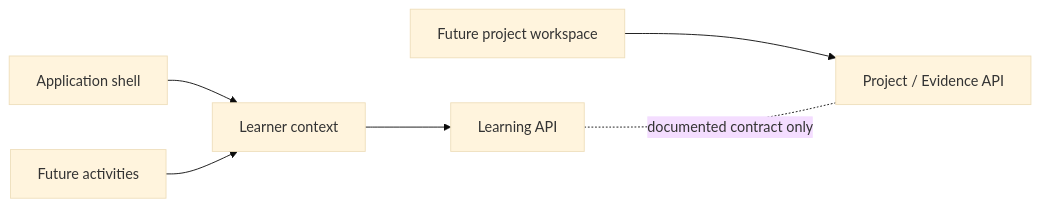
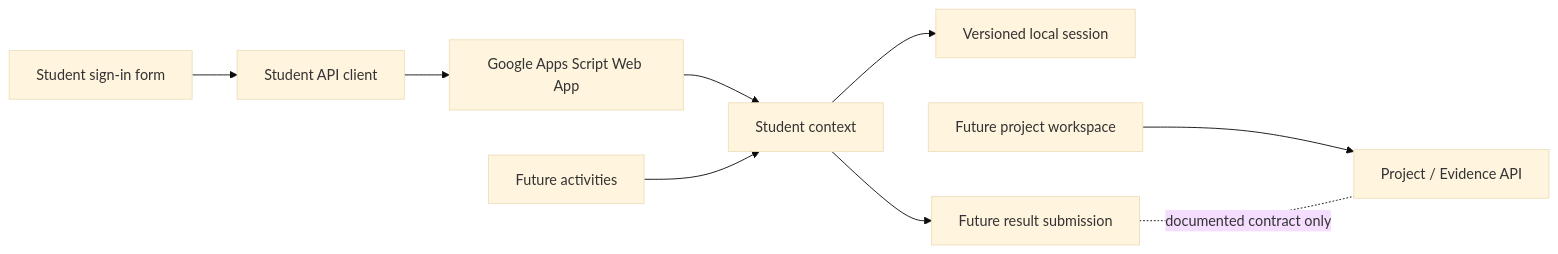
The diagram in docs/ARCHITECTURE.md (Acerosa/tlevel-software-development-hub), drawn with Mermaid (base theme) before and after one commit. The commit also changed other lines of this file and 2 other files, not shown here.

Commit message:
docs: document student identification foundation

````diff
--- a/docs/ARCHITECTURE.md
+++ b/docs/ARCHITECTURE.md
@@ -99,8 +101,11 @@
 ```mermaid
 flowchart LR
-    Shell["Application shell"] --> Context["Learner context"]
+    SignIn["Student sign-in form"] --> Client["Student API client"]
+    Client --> AppsScript["Google Apps Script Web App"]
+    AppsScript --> Context["Student context"]
+    Context --> Session["Versioned local session"]
     Activities["Future activities"] --> Context
-    Context --> Learning["Learning API"]
+    Context --> Learning["Future result submission"]
     Projects["Future project workspace"] --> Evidence["Project / Evidence API"]
     Learning -. "documented contract only" .- Evidence
 ```
````
